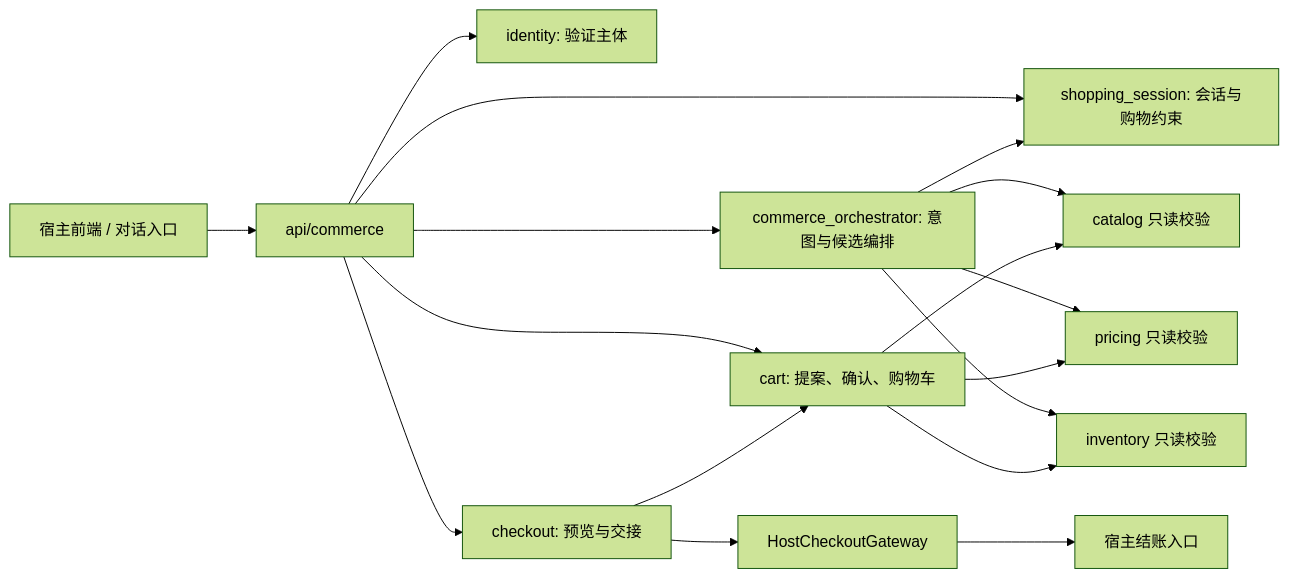
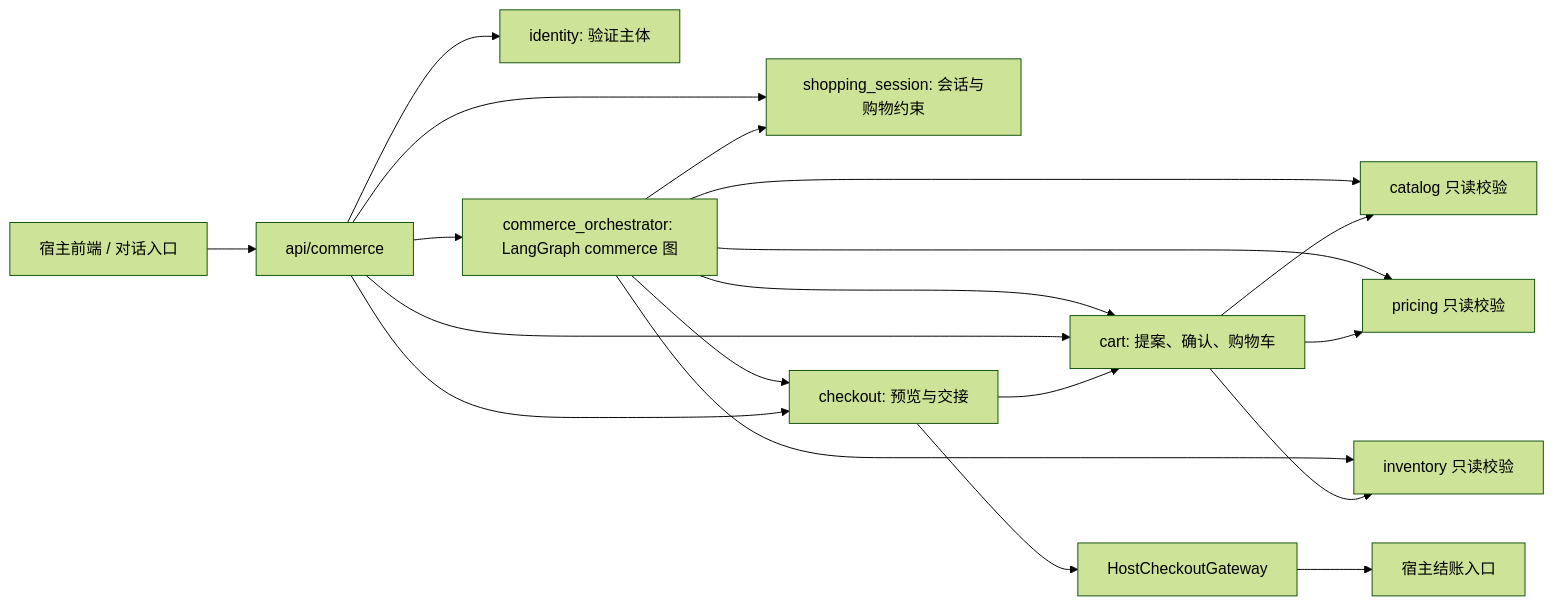
The diagram in docs/superpowers/specs/2026-09-29-commerce-agent-mvp-design.md (ChihayaAnonnn/multi-agent-ecommerce-system), drawn with Mermaid (forest theme) before and after one commit. The commit also changed other lines of this file and 22 other files, not shown here.

Commit message:
feat: complete commerce mvp demo flow

````diff
--- a/docs/superpowers/specs/2026-09-29-commerce-agent-mvp-design.md
+++ b/docs/superpowers/specs/2026-09-29-commerce-agent-mvp-design.md
@@ -31,19 +47,21 @@
 ```mermaid
 flowchart LR
   UI[宿主前端 / 对话入口] --> API[api/commerce]
   API --> ID[identity: 验证主体]
   API --> S[shopping_session: 会话与购物约束]
-  API --> O[commerce_orchestrator: 意图与候选编排]
+  API --> O[commerce_orchestrator: LangGraph commerce 图]
   O --> CA
   O --> P
   O --> I
   O --> S
+  O --> C
+  O --> H
   API --> C[cart: 提案、确认、购物车]
   API --> H[checkout: 预览与交接]
   C --> CA[catalog 只读校验]
   C --> P[pricing 只读校验]
   C --> I[inventory 只读校验]
   H --> C
   H --> HOST[HostCheckoutGateway]
   HOST --> DEST[宿主结账入口]
 ```
````
